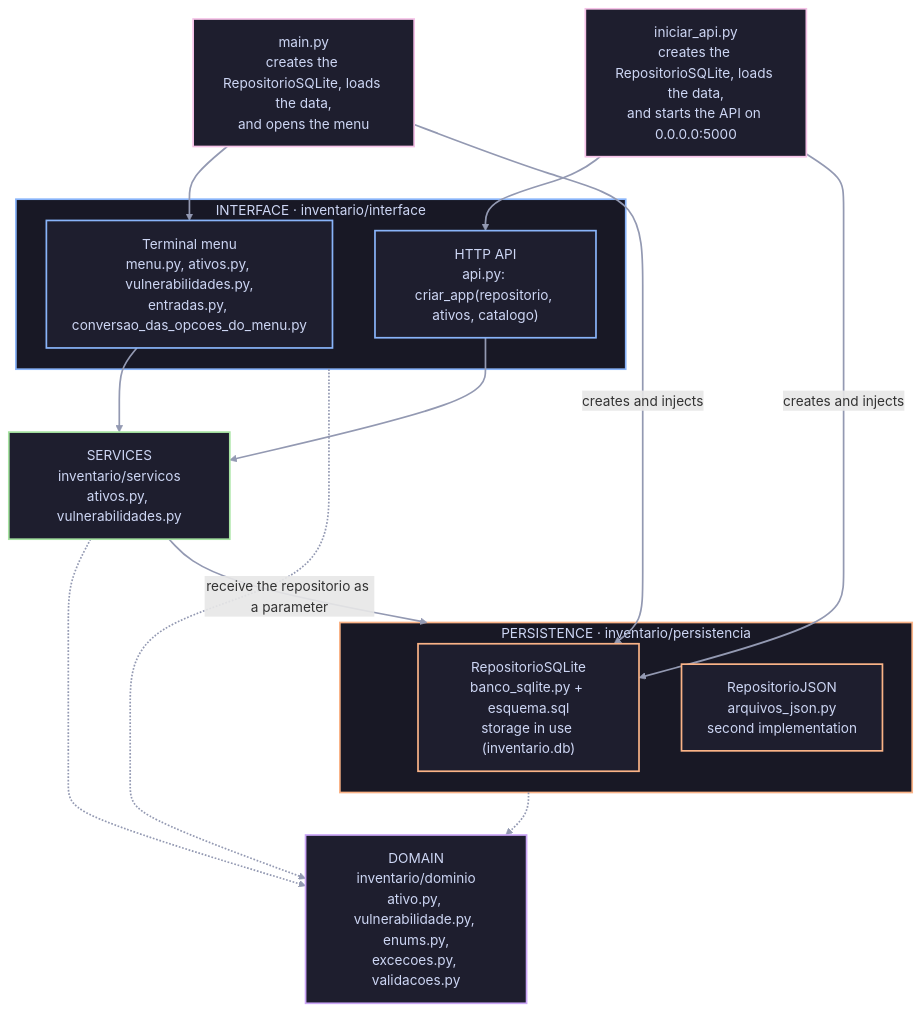
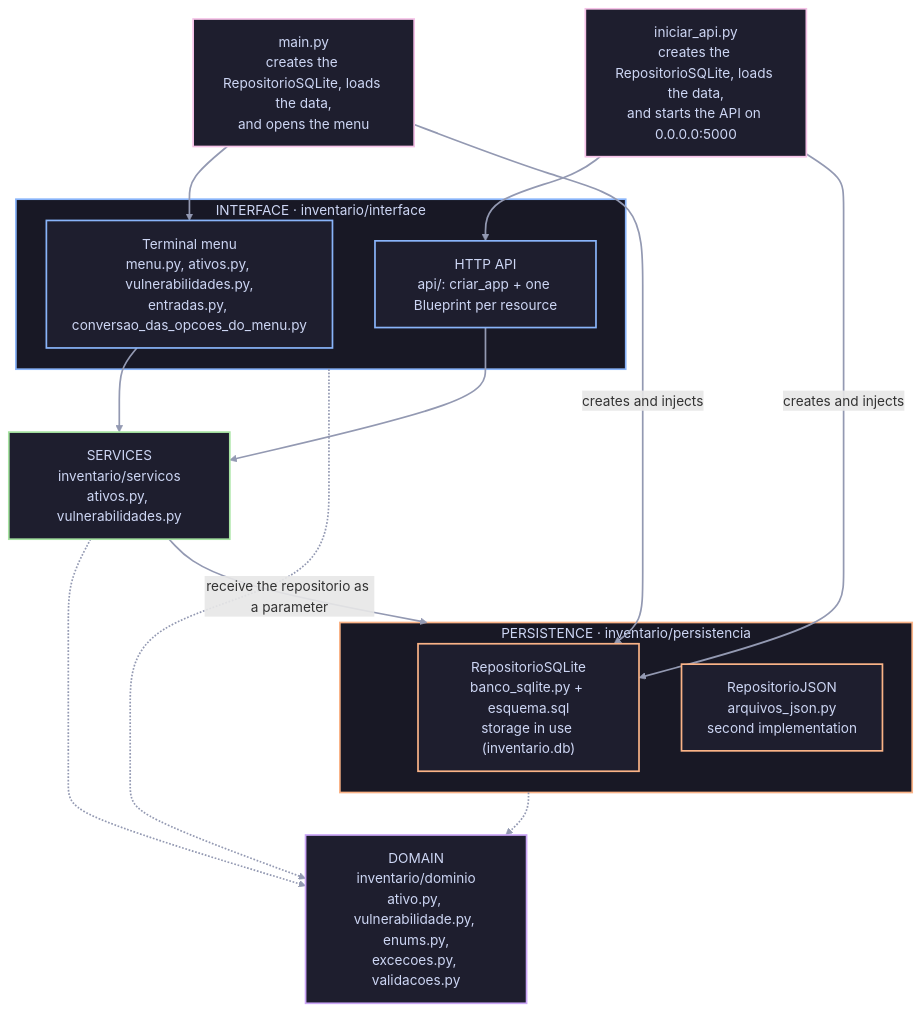
The diagram in README.md (cadulugaresi/trab02_2026_2_12621cbs211), drawn with Mermaid before and after one commit. The commit also changed other lines of this file and 3 other files, not shown here.

````diff
--- a/README.md
+++ b/README.md
@@ -93,42 +110,42 @@
 ```mermaid
 flowchart TD
     main["main.py<br/>creates the RepositorioSQLite, loads the data,<br/>and opens the menu"]
     iniciarApi["iniciar_api.py<br/>creates the RepositorioSQLite, loads the data,<br/>and starts the API on 0.0.0.0:5000"]
     subgraph interface["INTERFACE · inventario/interface"]
         menu["Terminal menu<br/>menu.py, ativos.py, vulnerabilidades.py,<br/>entradas.py, conversao_das_opcoes_do_menu.py"]
-        api["HTTP API<br/>api.py: criar_app(repositorio, ativos, catalogo)"]
+        api["HTTP API<br/>api/: criar_app + one Blueprint per resource"]
     end
     servicos["SERVICES<br/>inventario/servicos<br/>ativos.py, vulnerabilidades.py"]
     subgraph persistencia["PERSISTENCE · inventario/persistencia"]
         repositorioSQLite["RepositorioSQLite<br/>banco_sqlite.py + esquema.sql<br/>storage in use (inventario.db)"]
         repositorioJSON["RepositorioJSON<br/>arquivos_json.py<br/>second implementation"]
     end
     dominio["DOMAIN<br/>inventario/dominio<br/>ativo.py, vulnerabilidade.py, enums.py,<br/>excecoes.py, validacoes.py"]
 
     main --> menu
     main -->|creates and injects| repositorioSQLite
     iniciarApi --> api
     iniciarApi -->|creates and injects| repositorioSQLite
     menu --> servicos
     api --> servicos
     servicos -->|receive the repositorio as a parameter| persistencia
     interface -.-> dominio
     servicos -.-> dominio
     persistencia -.-> dominio
 
     classDef corMain fill:#1e1e2e,stroke:#f5c2e7,stroke-width:2px,color:#cdd6f4
     classDef corInterface fill:#1e1e2e,stroke:#89b4fa,stroke-width:2px,color:#cdd6f4
     classDef corServicos fill:#1e1e2e,stroke:#a6e3a1,stroke-width:2px,color:#cdd6f4
     classDef corPersistencia fill:#1e1e2e,stroke:#fab387,stroke-width:2px,color:#cdd6f4
     classDef corDominio fill:#1e1e2e,stroke:#cba6f7,stroke-width:2px,color:#cdd6f4
 
     class main,iniciarApi corMain
     class menu,api corInterface
     class servicos corServicos
     class repositorioSQLite,repositorioJSON corPersistencia
     class dominio corDominio
     style interface fill:#181825,stroke:#89b4fa,stroke-width:2px,color:#cdd6f4
     style persistencia fill:#181825,stroke:#fab387,stroke-width:2px,color:#cdd6f4
 
     linkStyle default stroke:#9399b2,stroke-width:2px
 ```
````
